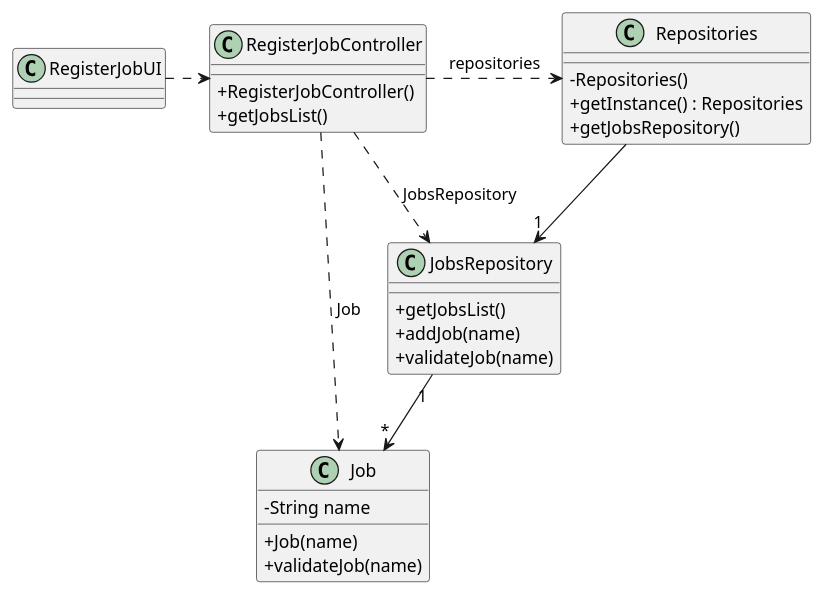
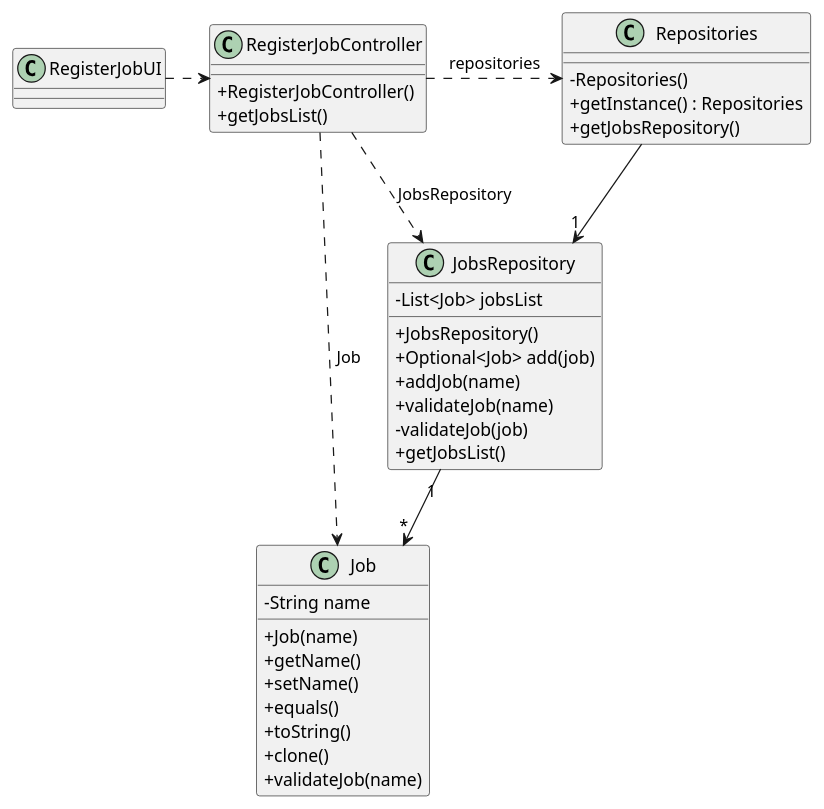
Before and after one commit to 1231360-ISEP/lei-24-s2-1db-g021: the diagram in docs/sprint2/us002/03.design/puml/us002-class-diagram.puml, drawn with PlantUML. The commit also changed 1 other file, not shown here.

Commit message:
modify us2 class diagram and SVG

```diff
--- a/docs/sprint2/us002/03.design/puml/us002-class-diagram.puml
+++ b/docs/sprint2/us002/03.design/puml/us002-class-diagram.puml
@@ -1,45 +1,54 @@
 @startuml
 skinparam packageStyle rectangle
 skinparam shadowing false
 skinparam linetype polyline
 skinparam classAttributeIconSize 0
 
 
 class RegisterJobUI {
 }
 
 class RegisterJobController {
     + RegisterJobController()
     + getJobsList()
 }
 
 class Job {
     - String name
     + Job(name)
+    + getName()
+    + setName()
+    + equals()
+    + toString()
+    + clone()
     + validateJob(name)
 }
 
 class JobsRepository {
-    + getJobsList()
+    - List<Job> jobsList
+    + JobsRepository()
+    + Optional<Job> add(job)
     + addJob(name)
     + validateJob(name)
+    - validateJob(job)
+    + getJobsList()
 }
 
 class Repositories {
     - Repositories()
     + getInstance() : Repositories
     + getJobsRepository()
 }
 
 RegisterJobUI .> RegisterJobController
 
 RegisterJobController .> Repositories : repositories
 
 Repositories --> "1" JobsRepository
 
 RegisterJobController ..> Job : Job
 RegisterJobController ..> JobsRepository : JobsRepository
 
 JobsRepository "1" --> "*" Job
 
 @enduml
```
